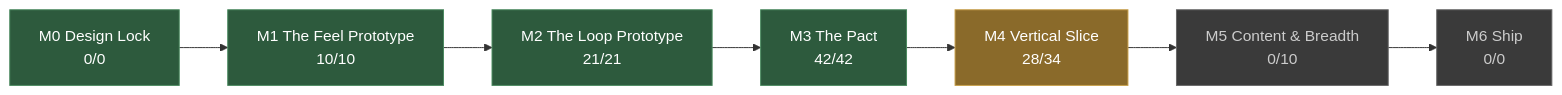
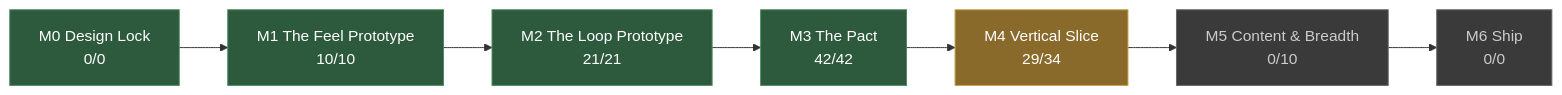
Before and after one commit to JoshuaGessner/she: the diagram in docs/STATUS.md, drawn with Mermaid. The commit also changed other lines of this file and 34 other files, not shown here.

````diff
--- a/docs/STATUS.md
+++ b/docs/STATUS.md
@@ -13,19 +13,19 @@
 ```mermaid
 flowchart LR
   M0["M0 Design Lock<br/>0/0"]:::passed
   M1["M1 The Feel Prototype<br/>10/10"]:::passed
   M0 --> M1
   M2["M2 The Loop Prototype<br/>21/21"]:::passed
   M1 --> M2
   M3["M3 The Pact<br/>42/42"]:::passed
   M2 --> M3
-  M4["M4 Vertical Slice<br/>28/34"]:::current
+  M4["M4 Vertical Slice<br/>29/34"]:::current
   M3 --> M4
   M5["M5 Content & Breadth<br/>0/10"]:::ahead
   M4 --> M5
   M6["M6 Ship<br/>0/0"]:::ahead
   M5 --> M6
   classDef passed fill:#2d5a3d,stroke:#4a8a5f,color:#fff
   classDef current fill:#8a6a2a,stroke:#c8a04a,color:#fff
   classDef ahead fill:#3a3a3a,stroke:#666,color:#ccc
 ```
````
